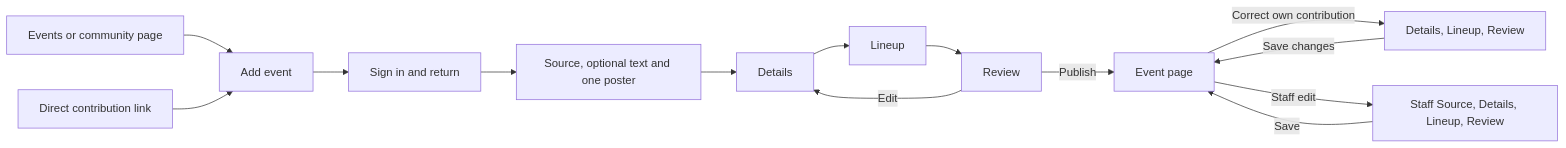
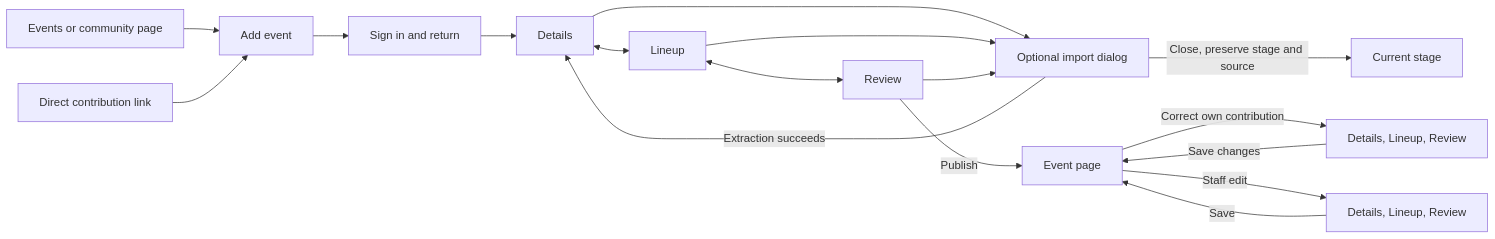
The second of 2 diagrams in docs/backend/event-intake.md (BASIC-BIT/VRDex), drawn with Mermaid before and after one commit. The commit also changed other lines of this file and 13 other files, not shown here.

Commit message:
Refine event editor stages and optional import dialog

````diff
--- a/docs/backend/event-intake.md
+++ b/docs/backend/event-intake.md
@@ -148,16 +151,19 @@
 ```mermaid
 flowchart LR
   A[Events or community page] --> B[Add event]
   C[Direct contribution link] --> B
   B --> D[Sign in and return]
-  D --> E[Source, optional text and one poster]
-  E --> F[Details]
-  F --> G[Lineup]
-  G --> H[Review]
-  H -->|Edit| F
+  D --> F[Details]
+  F <--> G[Lineup]
+  G <--> H[Review]
+  F --> E[Optional import dialog]
+  G --> E
+  H --> E
+  E -->|Close, preserve stage and source| R[Current stage]
+  E -->|Extraction succeeds| F
   H -->|Publish| I[Event page]
   I -->|Correct own contribution| J[Details, Lineup, Review]
   J -->|Save changes| I
-  I -->|Staff edit| K[Staff Source, Details, Lineup, Review]
+  I -->|Staff edit| K[Details, Lineup, Review]
   K -->|Save| I
 ```
````
